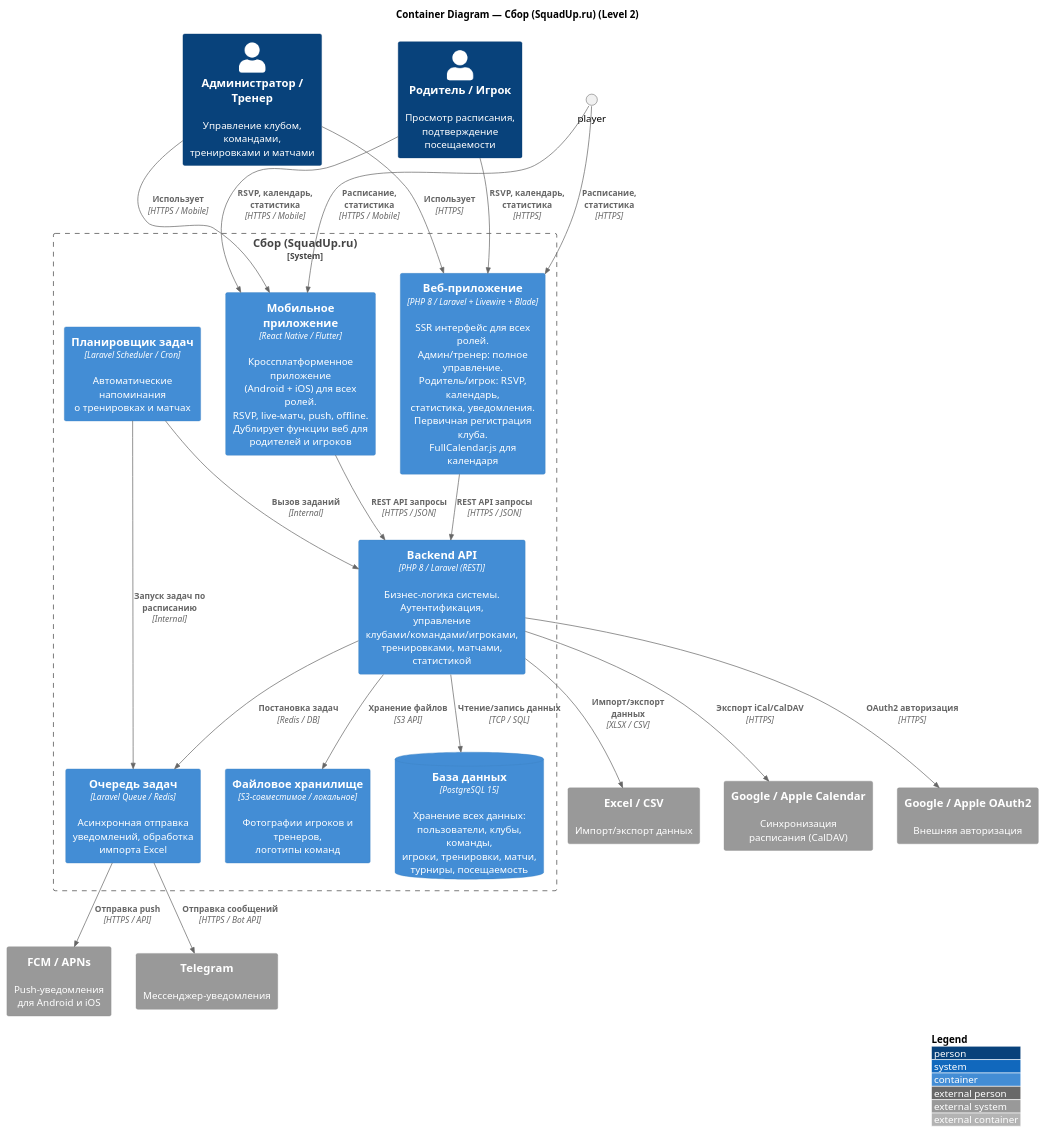
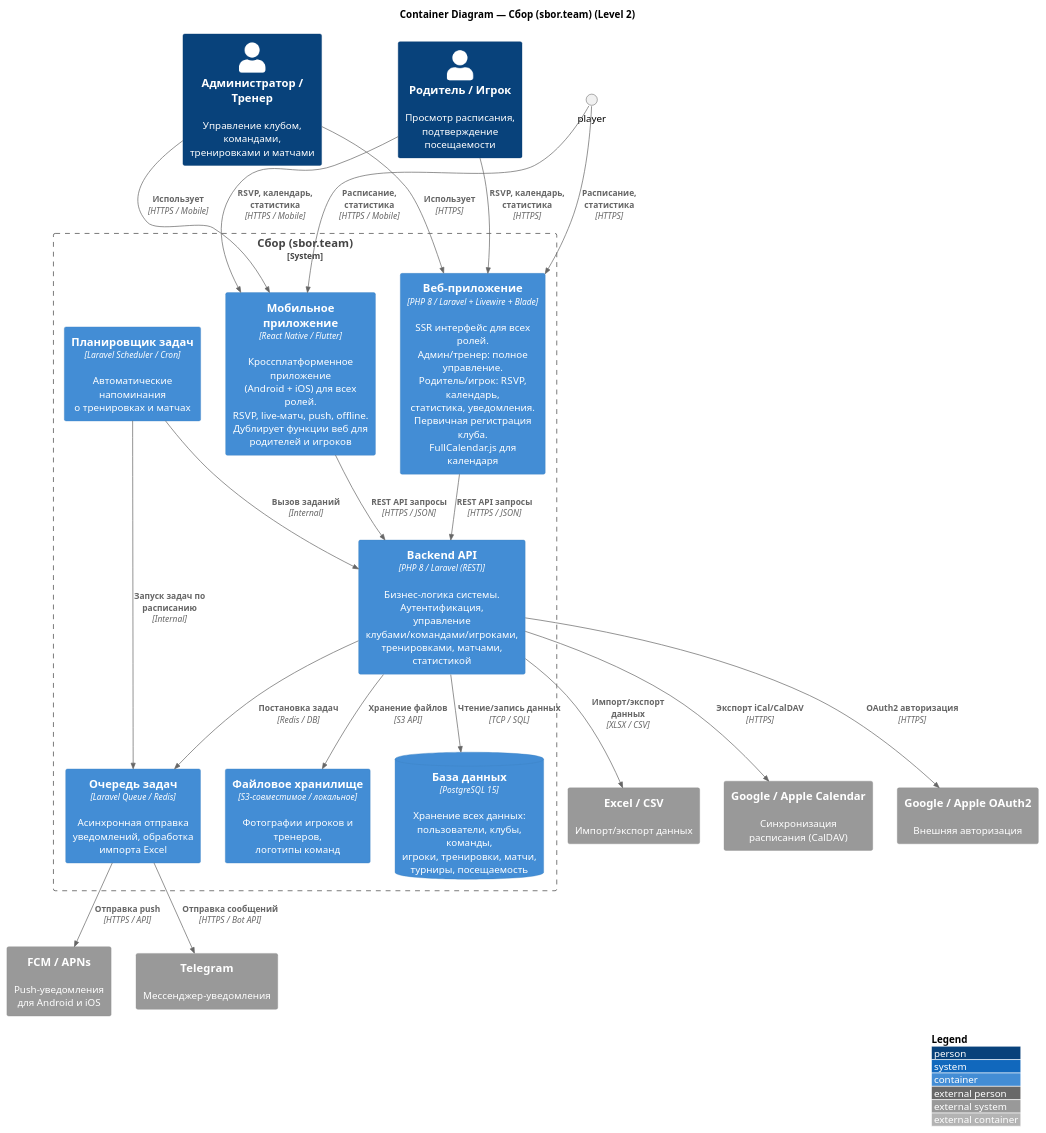
One commit to GHostlyFOX/leum changed the diagram in docs/c4/c2_container.puml. Above: the diagram before and after it, drawn with PlantUML. The commit also changed 11 other files, not shown here.

```diff
--- a/docs/c4/c2_container.puml
+++ b/docs/c4/c2_container.puml
@@ -1,62 +1,62 @@
 @startuml c2_container
 !include lib/C4_Container.puml
 
 LAYOUT_WITH_LEGEND()
 
-title Container Diagram — Сбор (SquadUp.ru) (Level 2)
+title Container Diagram — Сбор (sbor.team) (Level 2)
 
 ' ─── Actors ───────────────────────────────────────────────────────────────────
 Person(admin,  "Администратор / Тренер", "Управление клубом, командами,\nтренировками и матчами")
 Person(parent, "Родитель / Игрок",       "Просмотр расписания,\nподтверждение посещаемости")
 
 ' ─── System boundary ──────────────────────────────────────────────────────────
-System_Boundary(c1, "Сбор (SquadUp.ru)") {
+System_Boundary(c1, "Сбор (sbor.team)") {
 
     Container(web_app, "Веб-приложение", "PHP 8 / Laravel + Livewire + Blade", "SSR интерфейс для всех ролей.\nАдмин/тренер: полное управление.\nРодитель/игрок: RSVP, календарь,\nстатистика, уведомления.\nПервичная регистрация клуба.\nFullCalendar.js для календаря")
 
     Container(mobile_app, "Мобильное приложение", "React Native / Flutter", "Кроссплатформенное приложение\n(Android + iOS) для всех ролей.\nRSVP, live-матч, push, offline.\nДублирует функции веб для\nродителей и игроков")
 
     Container(api, "Backend API", "PHP 8 / Laravel (REST)", "Бизнес-логика системы.\nАутентификация, управление\nклубами/командами/игроками,\nтренировками, матчами, статистикой")
 
     ContainerDb(db, "База данных", "PostgreSQL 15", "Хранение всех данных:\nпользователи, клубы, команды,\nигроки, тренировки, матчи,\nтурниры, посещаемость")
 
     Container(file_storage, "Файловое хранилище", "S3-совместимое / локальное", "Фотографии игроков и тренеров,\nлоготипы команд")
 
     Container(queue, "Очередь задач", "Laravel Queue / Redis", "Асинхронная отправка\nуведомлений, обработка\nимпорта Excel")
 
     Container(scheduler, "Планировщик задач", "Laravel Scheduler / Cron", "Автоматические напоминания\nо тренировках и матчах")
 }
 
 ' ─── External Systems ─────────────────────────────────────────────────────────
 System_Ext(push_service, "FCM / APNs",            "Push-уведомления\nдля Android и iOS")
 System_Ext(google_cal,   "Google / Apple Calendar","Синхронизация\nрасписания (CalDAV)")
 System_Ext(messengers,   "Telegram",               "Мессенджер-уведомления")
 System_Ext(oauth,        "Google / Apple OAuth2",  "Внешняя авторизация")
 System_Ext(excel,        "Excel / CSV",            "Импорт/экспорт данных")
 
 ' ─── Relationships ────────────────────────────────────────────────────────────
 Rel(admin,      web_app,    "Использует",             "HTTPS")
 Rel(admin,      mobile_app, "Использует",             "HTTPS / Mobile")
 Rel(parent,     mobile_app, "RSVP, календарь, статистика", "HTTPS / Mobile")
 Rel(parent,     web_app,    "RSVP, календарь, статистика", "HTTPS")
 Rel(player,     mobile_app, "Расписание, статистика",      "HTTPS / Mobile")
 Rel(player,     web_app,    "Расписание, статистика",      "HTTPS")
 
 Rel(web_app,    api,        "REST API запросы",       "HTTPS / JSON")
 Rel(mobile_app, api,        "REST API запросы",       "HTTPS / JSON")
 
 Rel(api,        db,          "Чтение/запись данных",  "TCP / SQL")
 Rel(api,        file_storage,"Хранение файлов",       "S3 API")
 Rel(api,        queue,       "Постановка задач",      "Redis / DB")
 Rel(api,        oauth,       "OAuth2 авторизация",    "HTTPS")
 
 Rel(queue,      push_service,"Отправка push",         "HTTPS / API")
 Rel(queue,      messengers,  "Отправка сообщений",    "HTTPS / Bot API")
 
 Rel(scheduler,  api,         "Вызов заданий",         "Internal")
 Rel(scheduler,  queue,       "Запуск задач по расписанию", "Internal")
 
 Rel(api,        google_cal,  "Экспорт iCal/CalDAV",  "HTTPS")
 Rel(api,        excel,       "Импорт/экспорт данных","XLSX / CSV")
 
 @enduml
```
